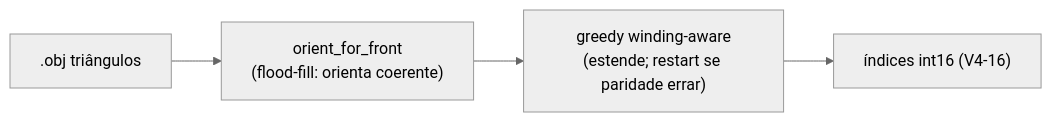
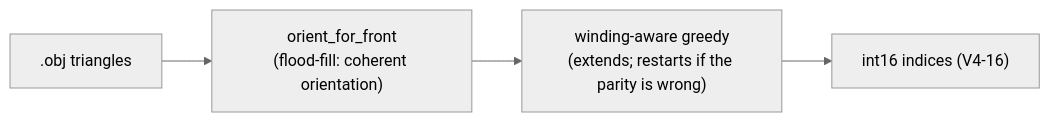
One commit to FVitor7/wepes3d changed the third of 3 diagrams in docs/05-strip-encoding.md. Above: the diagram before and after it, drawn with Mermaid (neutral theme). The commit also changed other lines of this file and 30 other files, not shown here.

````diff
--- a/docs/05-strip-encoding.md
+++ b/docs/05-strip-encoding.md
@@ -94,6 +98,6 @@
 ```mermaid
 flowchart LR
-    M[".obj triângulos"] --> O["orient_for_front<br/>(flood-fill: orienta coerente)"]
-    O --> G["greedy winding-aware<br/>(estende; restart se paridade errar)"]
-    G --> I["índices int16 (V4-16)"]
+    M[".obj triangles"] --> O["orient_for_front<br/>(flood-fill: coherent orientation)"]
+    O --> G["winding-aware greedy<br/>(extends; restarts if the parity is wrong)"]
+    G --> I["int16 indices (V4-16)"]
 ```
````
